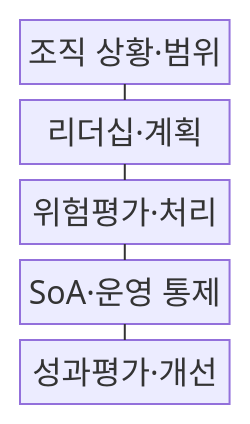
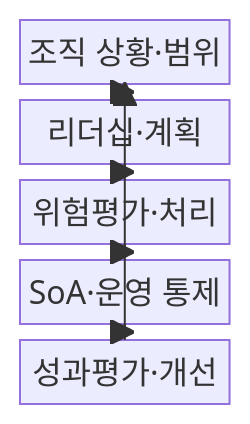
Before and after one commit to agnusdei1207/knowledge-base: the first of 2 diagrams in src/content/docs/notes/05-security/105_iso_27001.md, drawn with Mermaid. The commit also changed other lines of this file and 20 other files, not shown here.

````diff
--- a/src/content/docs/notes/05-security/105_iso_27001.md
+++ b/src/content/docs/notes/05-security/105_iso_27001.md
@@ -53,13 +53,14 @@
 ```mermaid
-block-beta
+block
   columns 1
   C["조직 상황·범위"]
   L["리더십·계획"]
   R["위험평가·처리"]
   O["SoA·운영 통제"]
   E["성과평가·개선"]
-  C --- L
-  L --- R
-  R --- O
-  O --- E
+  C --> L
+  L --> R
+  R --> O
+  O --> E
+  E --> C
 ```
````
